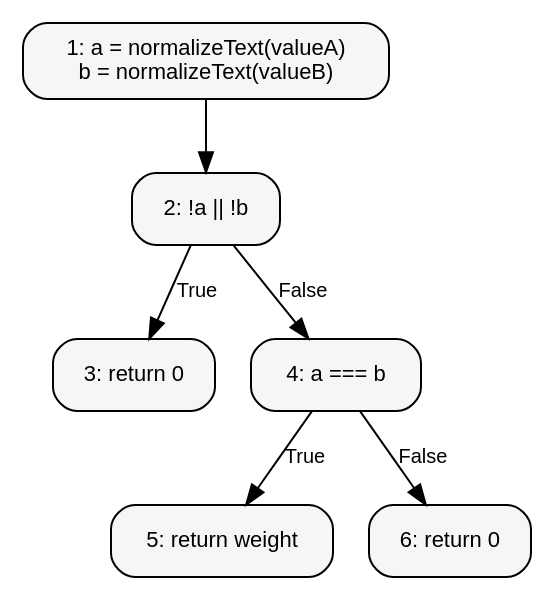
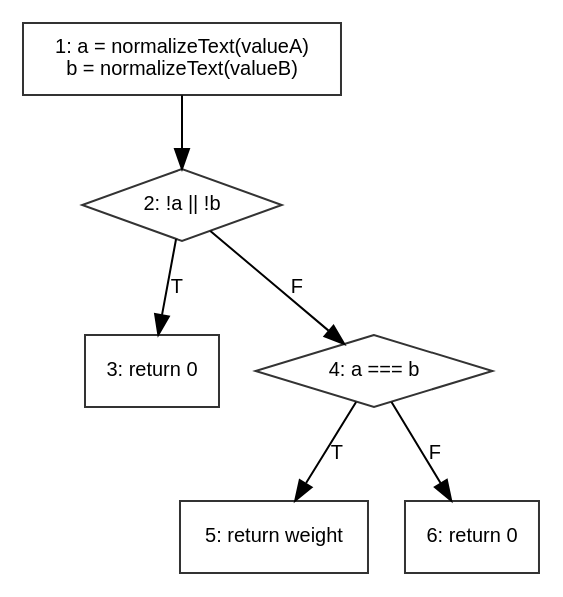
Before and after one commit to Meili1407/Software-Testing-LostFound: the diagram in report-assets/cfg/scoreExactOptionalField.dot, drawn with Graphviz. The commit also changed 28 other files, not shown here.

```diff
--- a/report-assets/cfg/scoreExactOptionalField.dot
+++ b/report-assets/cfg/scoreExactOptionalField.dot
@@ -1,18 +1,18 @@
 digraph scoreExactOptionalField {
   rankdir=TB;
-  node [shape=box, style="rounded,filled", fillcolor="#f5f6f8", fontname="Helvetica", fontsize=11, margin="0.15,0.1"];
+  node [shape=box, fontname="Helvetica", fontsize=10, color="#333333"];
   edge [fontname="Helvetica", fontsize=10];
 
   N1 [label="1: a = normalizeText(valueA)\nb = normalizeText(valueB)"];
-  N2 [label="2: !a || !b"];
+  N2 [shape=diamond, label="2: !a || !b"];
   N3 [label="3: return 0"];
-  N4 [label="4: a === b"];
+  N4 [shape=diamond, label="4: a === b"];
   N5 [label="5: return weight"];
   N6 [label="6: return 0"];
 
   N1 -> N2;
-  N2 -> N3 [label="True"];
-  N2 -> N4 [label="False"];
-  N4 -> N5 [label="True"];
-  N4 -> N6 [label="False"];
+  N2 -> N3 [label="T"];
+  N2 -> N4 [label="F"];
+  N4 -> N5 [label="T"];
+  N4 -> N6 [label="F"];
 }
```
